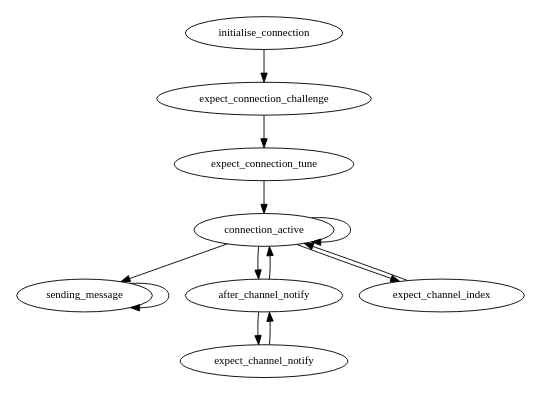
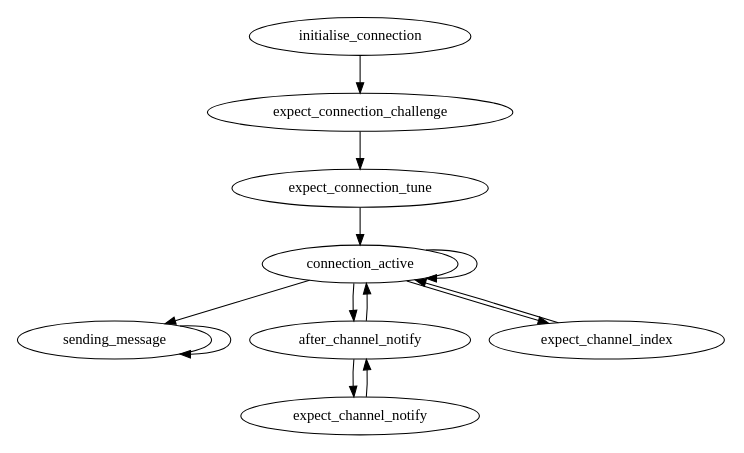
One commit to imatix/openamq changed the diagram in doc/amq_aclient_agent.dot. Above: the diagram before and after it, drawn with Graphviz. The commit also changed 6 other files, not shown here.

```diff
--- a/doc/amq_aclient_agent.dot
+++ b/doc/amq_aclient_agent.dot
@@ -1,18 +1,18 @@
 digraph AClientAgent {
-    size = "4,8";
-    node [fontsize=12];
+    size = "5.6,10";
+    node [fontsize=14];
     subgraph client {
         initialise_connection -> expect_connection_challenge;
         expect_connection_challenge -> expect_connection_tune;
         expect_connection_tune -> connection_active;
         connection_active -> connection_active;
         connection_active -> sending_message;
         connection_active -> after_channel_notify;
         connection_active -> expect_channel_index;
         expect_channel_index -> connection_active;
         after_channel_notify -> expect_channel_notify;
         after_channel_notify -> connection_active;
         expect_channel_notify -> after_channel_notify;
         sending_message -> sending_message;
     }
 }
```
